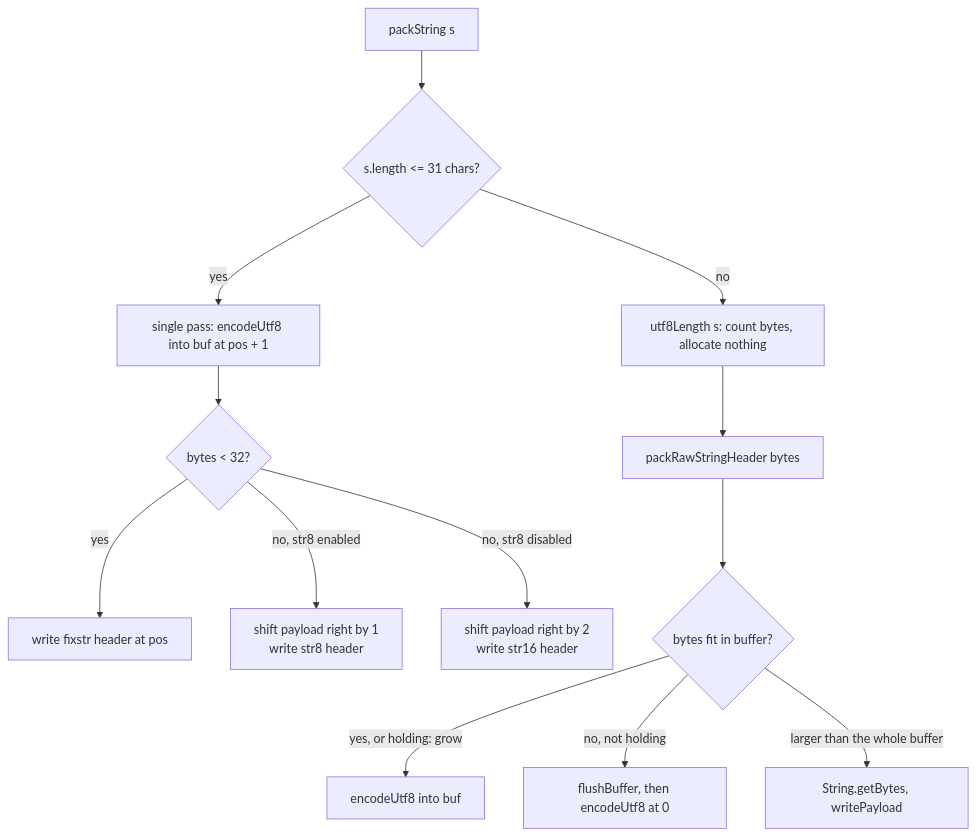
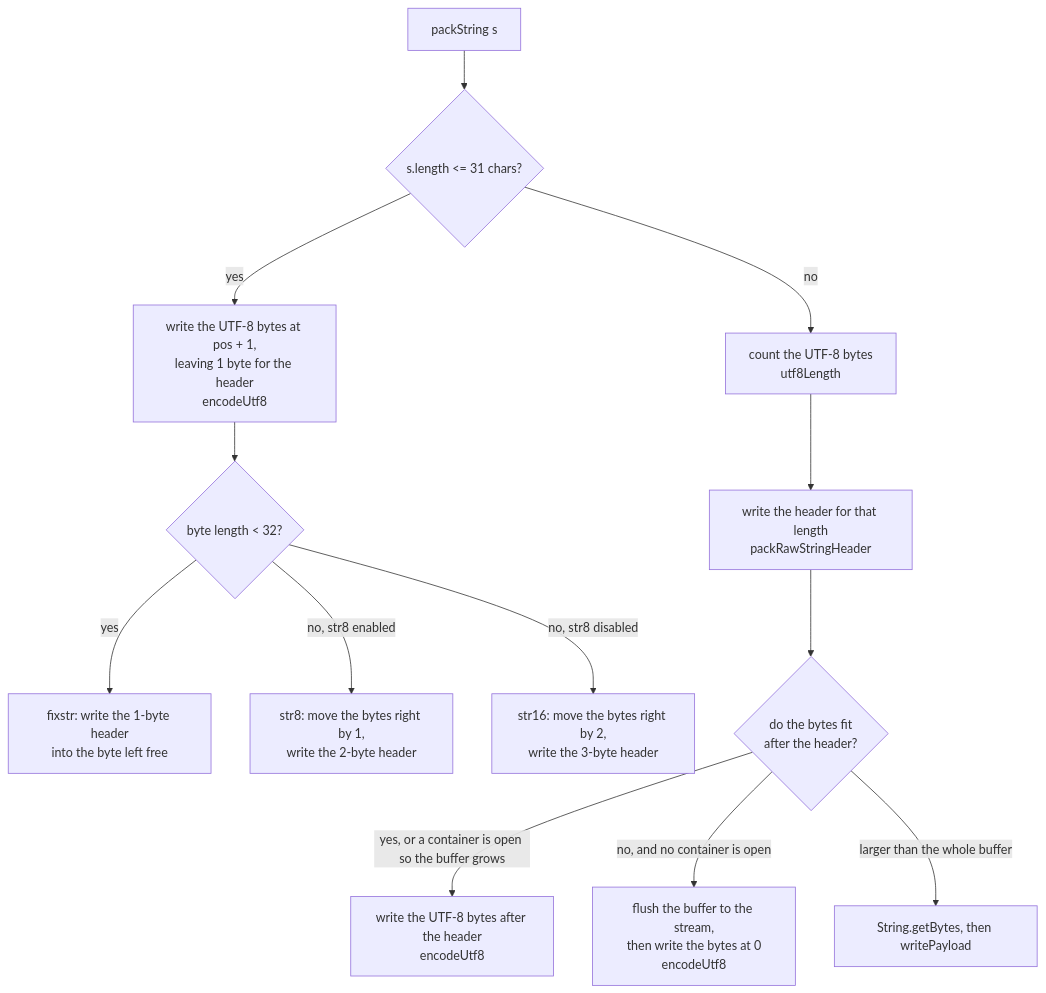
The fourth of 6 diagrams in docs/DESIGN.md (komamitsu/jackson-dataformat-msgpack), drawn with Mermaid before and after one commit. The commit also changed other lines of this file, not shown here.

Commit message:
Spell out the string encoding steps in the design doc

````diff
--- a/docs/DESIGN.md
+++ b/docs/DESIGN.md
@@ -160,15 +167,15 @@
 ```mermaid
 flowchart TD
     S[packString s] --> L{s.length <= 31 chars?}
-    L -->|yes| SP[single pass: encodeUtf8 into buf at pos + 1]
-    SP --> B{bytes < 32?}
-    B -->|yes| F1[write fixstr header at pos]
-    B -->|no, str8 enabled| F2[shift payload right by 1<br/>write str8 header]
-    B -->|no, str8 disabled| F3[shift payload right by 2<br/>write str16 header]
-    L -->|no| C[utf8Length s: count bytes, allocate nothing]
-    C --> H[packRawStringHeader bytes]
-    H --> R{bytes fit in buffer?}
-    R -->|yes, or holding: grow| E[encodeUtf8 into buf]
-    R -->|no, not holding| FL[flushBuffer, then encodeUtf8 at 0]
-    R -->|larger than the whole buffer| G[String.getBytes, writePayload]
+    L -->|yes| SP[write the UTF-8 bytes at pos + 1,<br/>leaving 1 byte for the header<br/>encodeUtf8]
+    SP --> B{byte length < 32?}
+    B -->|yes| F1[fixstr: write the 1-byte header<br/>into the byte left free]
+    B -->|no, str8 enabled| F2[str8: move the bytes right by 1,<br/>write the 2-byte header]
+    B -->|no, str8 disabled| F3[str16: move the bytes right by 2,<br/>write the 3-byte header]
+    L -->|no| C[count the UTF-8 bytes<br/>utf8Length]
+    C --> H[write the header for that length<br/>packRawStringHeader]
+    H --> R{do the bytes fit<br/>after the header?}
+    R -->|yes, or a container is open so the buffer grows| E[write the UTF-8 bytes after the header<br/>encodeUtf8]
+    R -->|no, and no container is open| FL[flush the buffer to the stream,<br/>then write the bytes at 0<br/>encodeUtf8]
+    R -->|larger than the whole buffer| G[String.getBytes, then writePayload]
 ```
````
